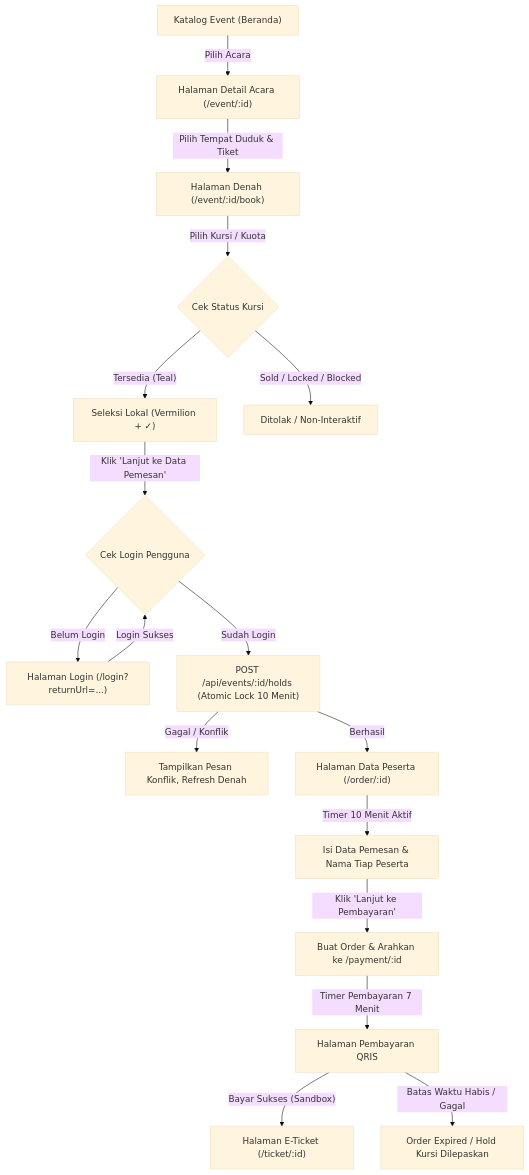
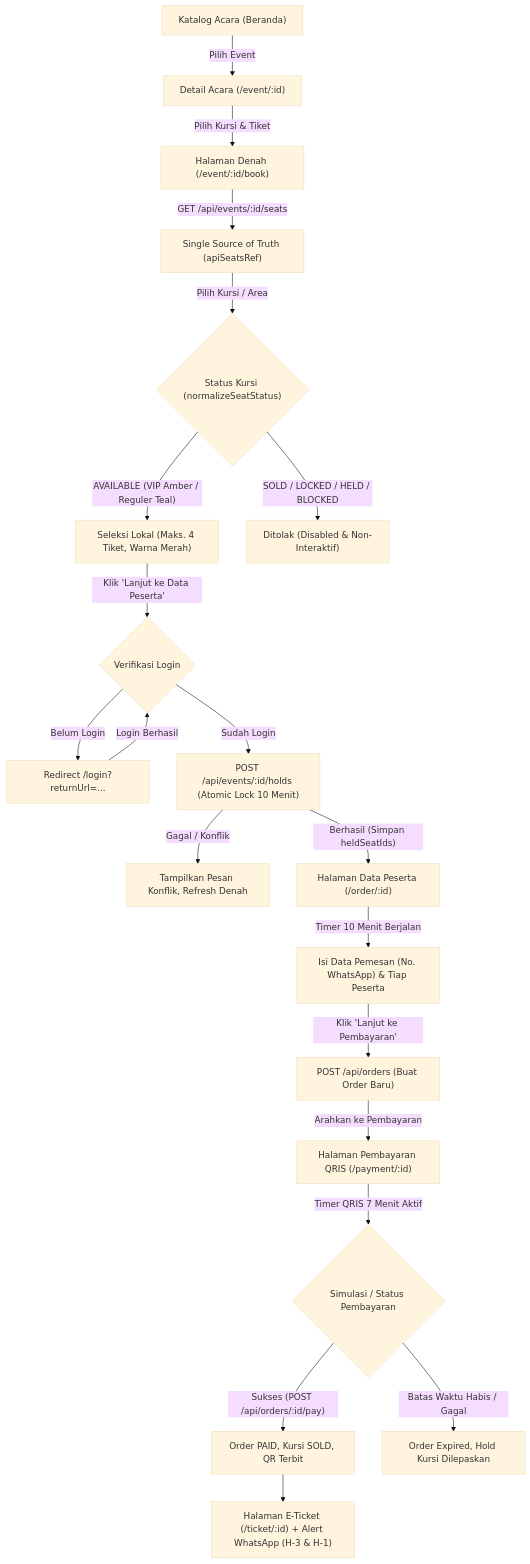
The first of 3 diagrams in docs/PROGRES_DAN_ALUR_SISTEM.md (RussellReece/summarecon-ticketing-customer-side), drawn with Mermaid (base theme) before and after one commit. The commit also changed other lines of this file and 19 other files, not shown here.

````diff
--- a/docs/PROGRES_DAN_ALUR_SISTEM.md
+++ b/docs/PROGRES_DAN_ALUR_SISTEM.md
@@ -74,19 +194,22 @@
 ```mermaid
 flowchart TD
-    A["Katalog Event (Beranda)"] -->|"Pilih Acara"| B["Halaman Detail Acara (/event/:id)"]
-    B -->|"Pilih Tempat Duduk & Tiket"| C["Halaman Denah (/event/:id/book)"]
-    C -->|"Pilih Kursi / Kuota"| D{"Cek Status Kursi"}
-    D -->|"Tersedia (Teal)"| E["Seleksi Lokal (Vermilion + ✓)"]
-    D -->|"Sold / Locked / Blocked"| F["Ditolak / Non-Interaktif"]
-    E -->|"Klik 'Lanjut ke Data Pemesan'"| G{"Cek Login Pengguna"}
-    G -->|"Belum Login"| H["Halaman Login (/login?returnUrl=...)"]
-    H -->|"Login Sukses"| G
+    A["Katalog Acara (Beranda)"] -->|"Pilih Event"| B["Detail Acara (/event/:id)"]
+    B -->|"Pilih Kursi & Tiket"| C["Halaman Denah (/event/:id/book)"]
+    C -->|"GET /api/events/:id/seats"| S["Single Source of Truth (apiSeatsRef)"]
+    S -->|"Pilih Kursi / Area"| D{"Status Kursi (normalizeSeatStatus)"}
+    D -->|"AVAILABLE (VIP Amber / Reguler Teal)"| E["Seleksi Lokal (Maks. 4 Tiket, Warna Merah)"]
+    D -->|"SOLD / LOCKED / HELD / BLOCKED"| F["Ditolak (Disabled & Non-Interaktif)"]
+    E -->|"Klik 'Lanjut ke Data Peserta'"| G{"Verifikasi Login"}
+    G -->|"Belum Login"| H["Redirect /login?returnUrl=..."]
+    H -->|"Login Berhasil"| G
     G -->|"Sudah Login"| I["POST /api/events/:id/holds (Atomic Lock 10 Menit)"]
     I -->|"Gagal / Konflik"| J["Tampilkan Pesan Konflik, Refresh Denah"]
-    I -->|"Berhasil"| K["Halaman Data Peserta (/order/:id)"]
-    K -->|"Timer 10 Menit Aktif"| L["Isi Data Pemesan & Nama Tiap Peserta"]
-    L -->|"Klik 'Lanjut ke Pembayaran'"| M["Buat Order & Arahkan ke /payment/:id"]
-    M -->|"Timer Pembayaran 7 Menit"| N["Halaman Pembayaran QRIS"]
-    N -->|"Bayar Sukses (Sandbox)"| O["Halaman E-Ticket (/ticket/:id)"]
-    N -->|"Batas Waktu Habis / Gagal"| P["Order Expired / Hold Kursi Dilepaskan"]
+    I -->|"Berhasil (Simpan heldSeatIds)"| K["Halaman Data Peserta (/order/:id)"]
+    K -->|"Timer 10 Menit Berjalan"| L["Isi Data Pemesan (No. WhatsApp) & Tiap Peserta"]
+    L -->|"Klik 'Lanjut ke Pembayaran'"| M["POST /api/orders (Buat Order Baru)"]
+    M -->|"Arahkan ke Pembayaran"| N["Halaman Pembayaran QRIS (/payment/:id)"]
+    N -->|"Timer QRIS 7 Menit Aktif"| O{"Simulasi / Status Pembayaran"}
+    O -->|"Sukses (POST /api/orders/:id/pay)"| P["Order PAID, Kursi SOLD, QR Terbit"]
+    P --> Q["Halaman E-Ticket (/ticket/:id) + Alert WhatsApp (H-3 & H-1)"]
+    O -->|"Batas Waktu Habis / Gagal"| R["Order Expired, Hold Kursi Dilepaskan"]
 ```
````
